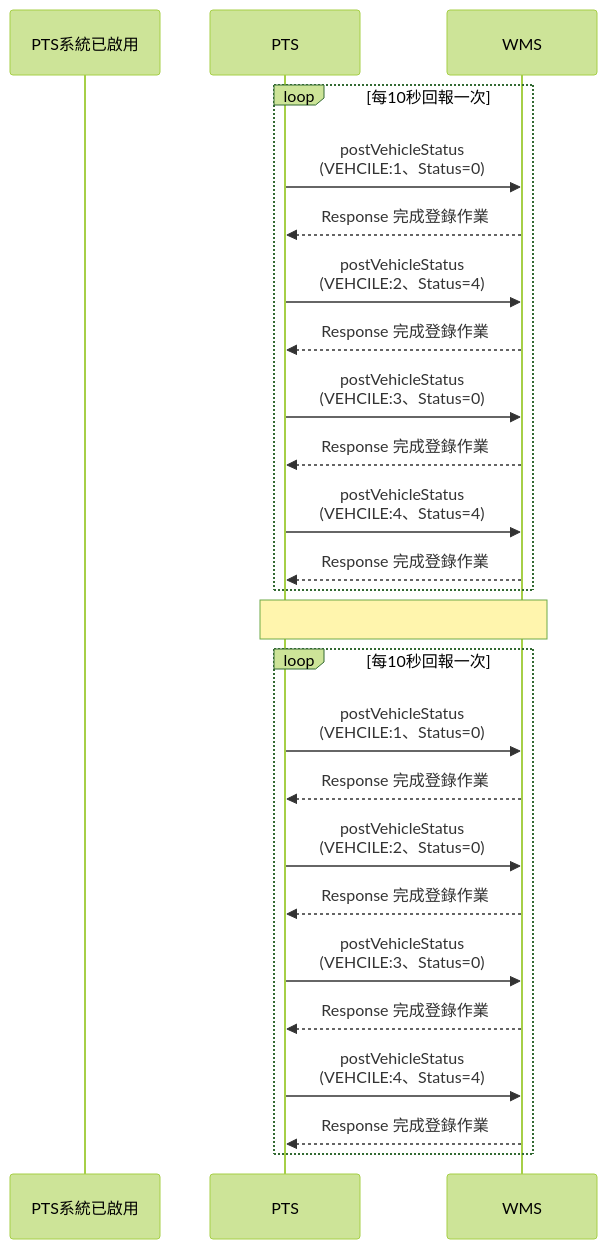
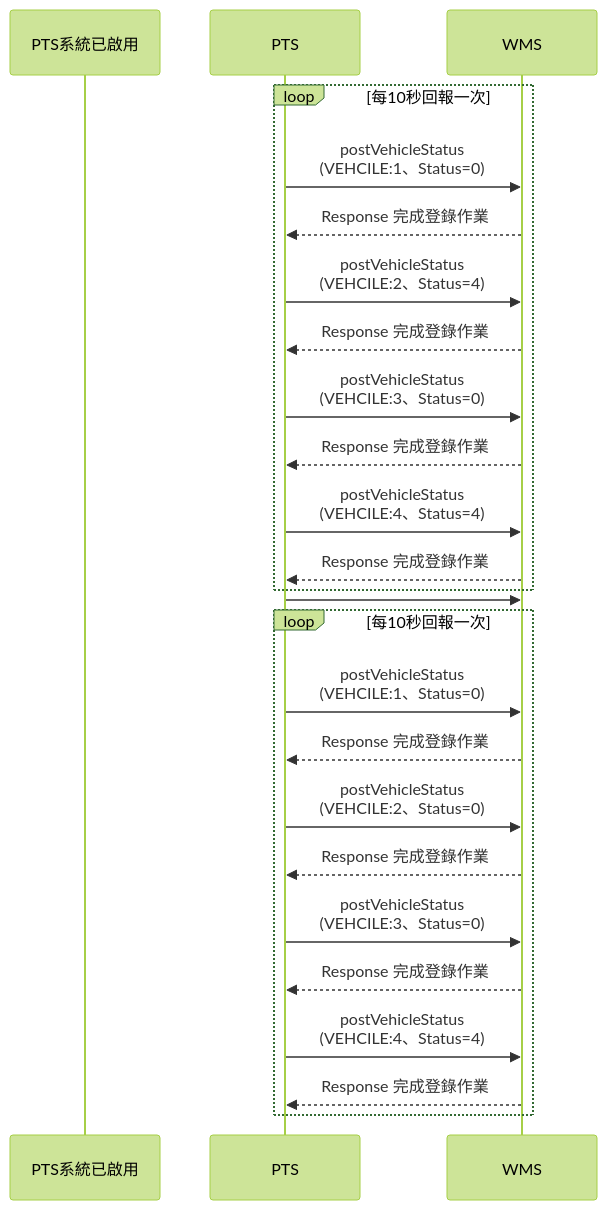
The fifth of 5 diagrams in README.md (athena-tircgo/amr-wms-lsj), drawn with Mermaid (forest theme) before and after one commit.

````diff
--- a/README.md
+++ b/README.md
@@ -307,28 +307,28 @@
 ```mermaid
 sequenceDiagram
     participant PTS系統已啟用
     participant PTS
     participant WMS
 
     loop 每10秒回報一次
         PTS->>WMS: postVehicleStatus<BR> (VEHCILE:1、Status=0)
         WMS-->>PTS: Response 完成登錄作業
         PTS->>WMS: postVehicleStatus<BR> (VEHCILE:2、Status=4)
         WMS-->>PTS: Response 完成登錄作業
         PTS->>WMS: postVehicleStatus<BR> (VEHCILE:3、Status=0)
         WMS-->>PTS: Response 完成登錄作業
         PTS->>WMS: postVehicleStatus<BR> (VEHCILE:4、Status=4)
         WMS-->>PTS: Response 完成登錄作業
     end
-    note over PTS,WMS:
+    PTS->>WMS:
     loop 每10秒回報一次
         PTS->>WMS: postVehicleStatus<BR> (VEHCILE:1、Status=0)
         WMS-->>PTS: Response 完成登錄作業
         PTS->>WMS: postVehicleStatus<BR> (VEHCILE:2、Status=0)
         WMS-->>PTS: Response 完成登錄作業
         PTS->>WMS: postVehicleStatus<BR> (VEHCILE:3、Status=0)
         WMS-->>PTS: Response 完成登錄作業
         PTS->>WMS: postVehicleStatus<BR> (VEHCILE:4、Status=4)
         WMS-->>PTS: Response 完成登錄作業
     end
 ```
````
